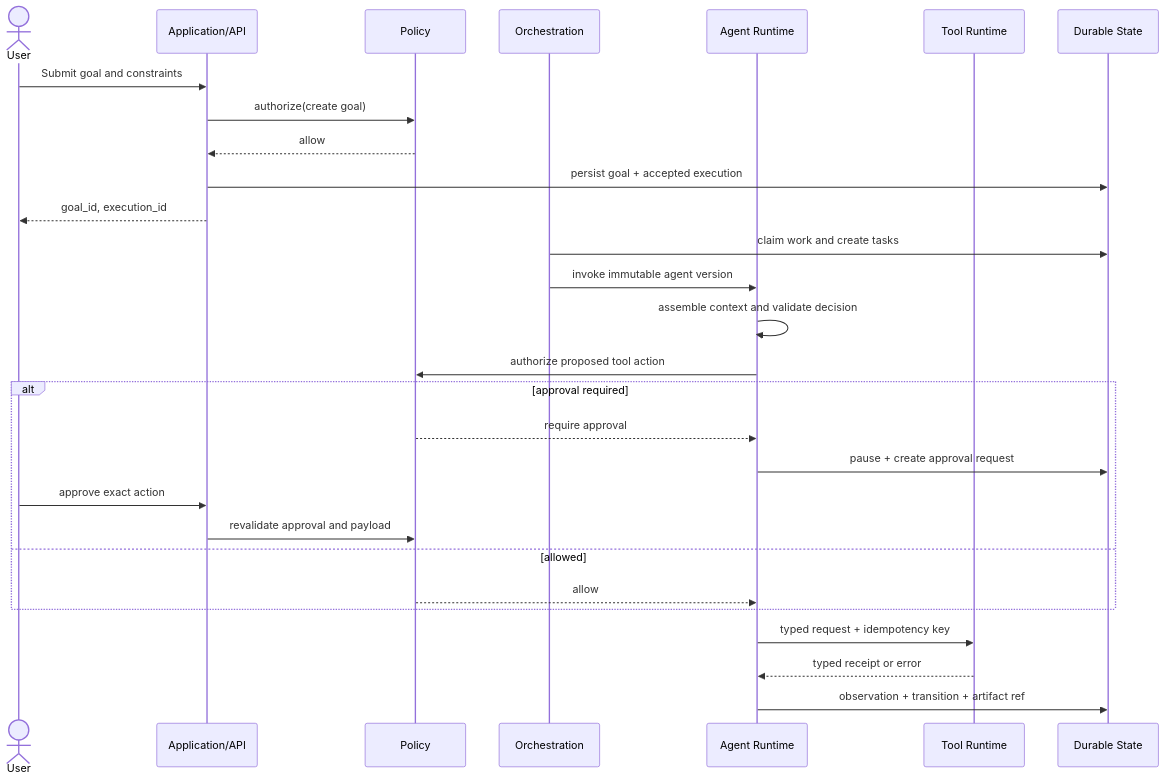
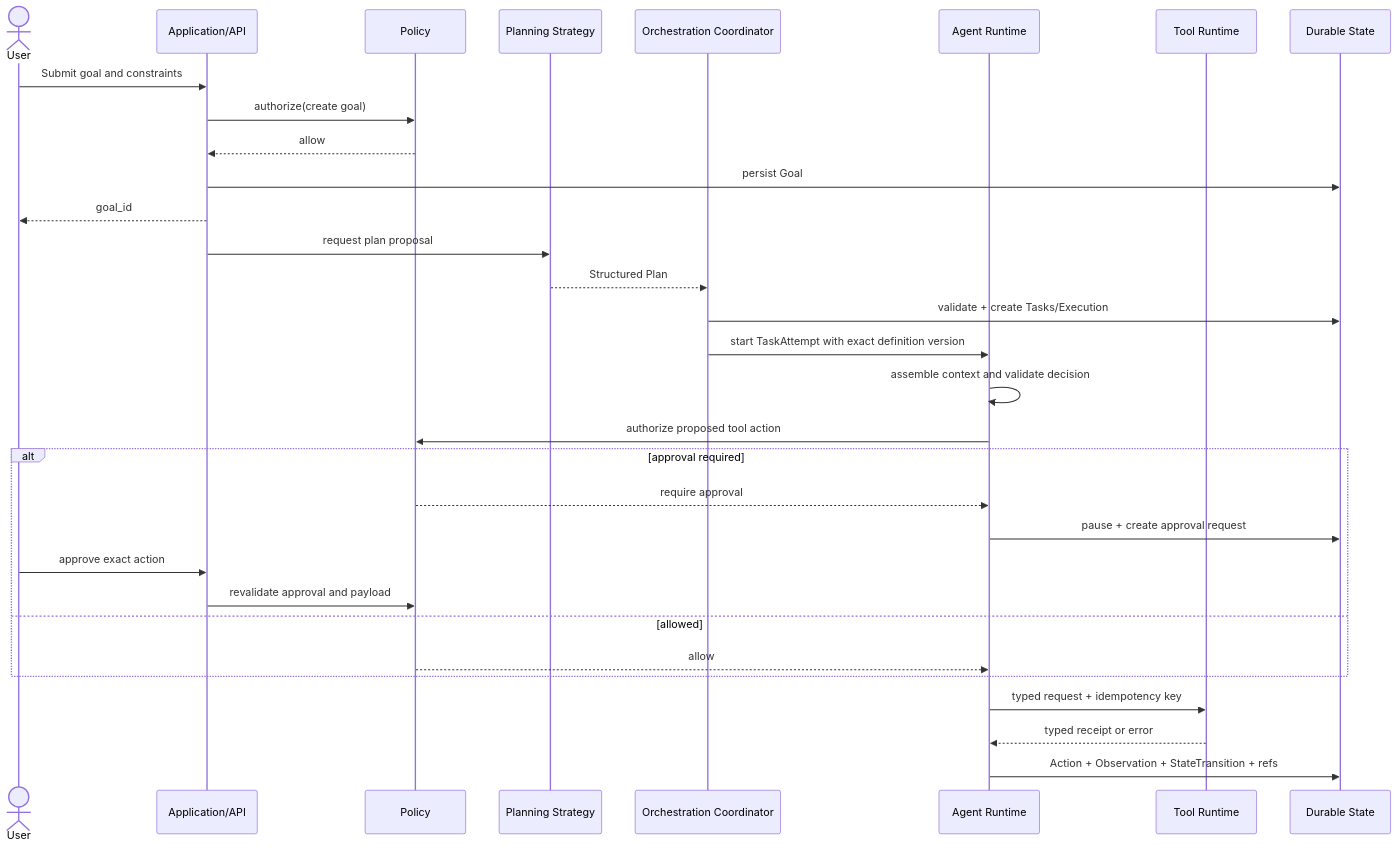
Before and after one commit to Amanux7/Nebula-OS-: the second of 2 diagrams in docs/architecture/SYSTEM_ARCHITECTURE.md, drawn with Mermaid. The commit also changed other lines of this file and 18 other files, not shown here.

Commit message:
docs: refine Stage 0 execution architecture

````diff
--- a/docs/architecture/SYSTEM_ARCHITECTURE.md
+++ b/docs/architecture/SYSTEM_ARCHITECTURE.md
@@ -74,31 +88,34 @@
 ```mermaid
 sequenceDiagram
     actor User
     participant API as Application/API
     participant Policy
-    participant Orch as Orchestration
+    participant Planner as Planning Strategy
+    participant Orch as Orchestration Coordinator
     participant Runtime as Agent Runtime
     participant Tool as Tool Runtime
     participant State as Durable State
 
     User->>API: Submit goal and constraints
     API->>Policy: authorize(create goal)
     Policy-->>API: allow
-    API->>State: persist goal + accepted execution
-    API-->>User: goal_id, execution_id
-    Orch->>State: claim work and create tasks
-    Orch->>Runtime: invoke immutable agent version
+    API->>State: persist Goal
+    API-->>User: goal_id
+    API->>Planner: request plan proposal
+    Planner-->>Orch: Structured Plan
+    Orch->>State: validate + create Tasks/Execution
+    Orch->>Runtime: start TaskAttempt with exact definition version
     Runtime->>Runtime: assemble context and validate decision
     Runtime->>Policy: authorize proposed tool action
     alt approval required
         Policy-->>Runtime: require approval
         Runtime->>State: pause + create approval request
         User->>API: approve exact action
         API->>Policy: revalidate approval and payload
     else allowed
         Policy-->>Runtime: allow
     end
     Runtime->>Tool: typed request + idempotency key
     Tool-->>Runtime: typed receipt or error
-    Runtime->>State: observation + transition + artifact ref
+    Runtime->>State: Action + Observation + StateTransition + refs
 ```
````
